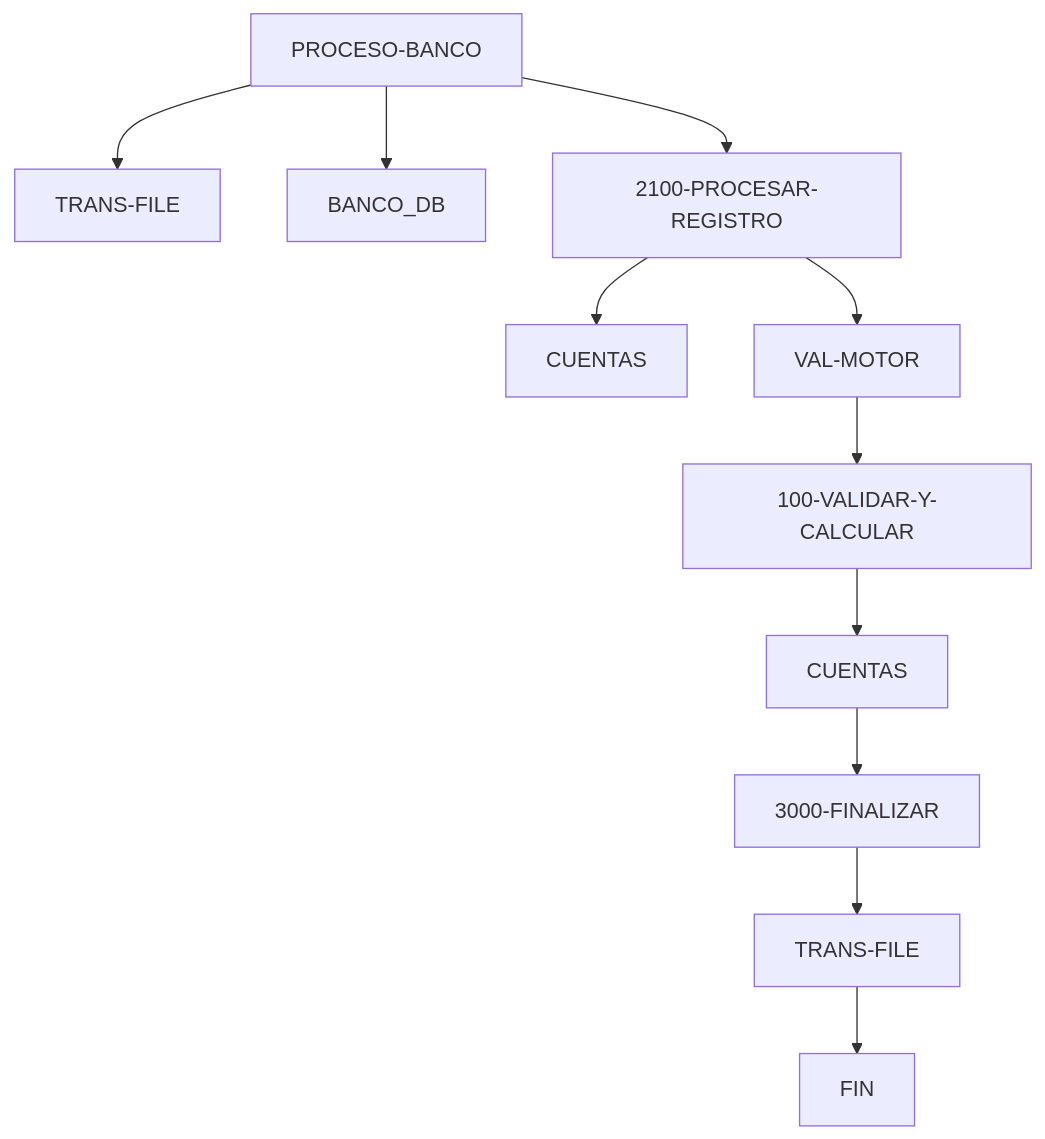
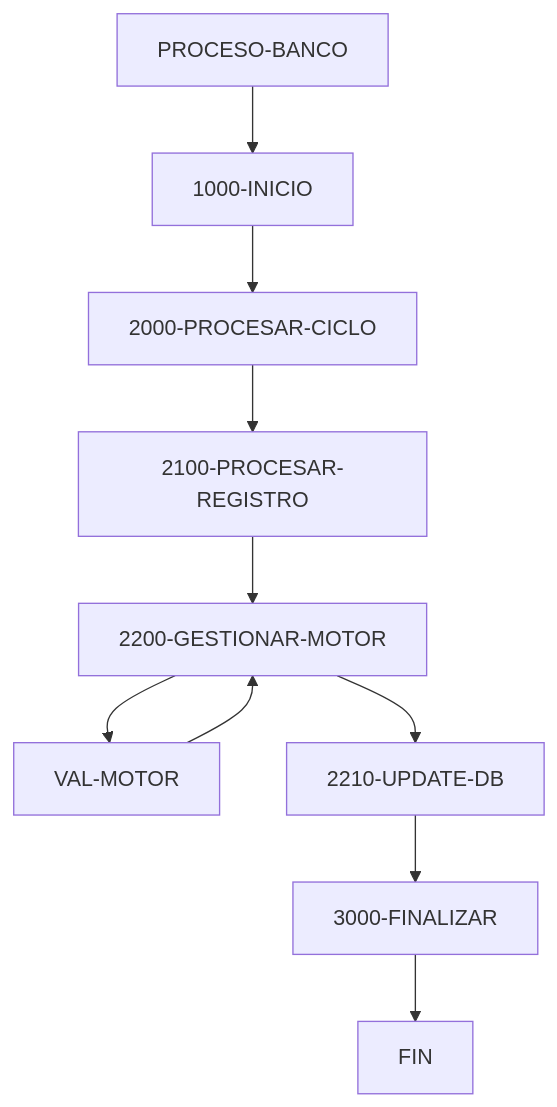
The diagram in sistema_consolidado/README.md (hexaforce66/codigosCobol), drawn with Mermaid before and after one commit. The commit also changed other lines of this file, not shown here.

````diff
--- a/sistema_consolidado/README.md
+++ b/sistema_consolidado/README.md
@@ -67,13 +76,12 @@
 ```mermaid
 graph TD
-A[PROCESO-BANCO] --> B[TRANS-FILE]
-    A --> C[BANCO_DB]
-    A --> D[2100-PROCESAR-REGISTRO]
-    D --> E[CUENTAS]
-    D --> F[VAL-MOTOR]
-    F --> G[100-VALIDAR-Y-CALCULAR]
-    G --> H[CUENTAS]
-    H --> I[3000-FINALIZAR]
-    I --> J[TRANS-FILE]
-    J --> K[FIN]
+A[PROCESO-BANCO] --> B[1000-INICIO]
+    B --> C[2000-PROCESAR-CICLO]
+    C --> D[2100-PROCESAR-REGISTRO]
+    D --> E[2200-GESTIONAR-MOTOR]
+    E --> F[VAL-MOTOR]
+    F --> E
+    E --> G[2210-UPDATE-DB]
+    G --> H[3000-FINALIZAR]
+    H --> I[FIN]
 ```
````
